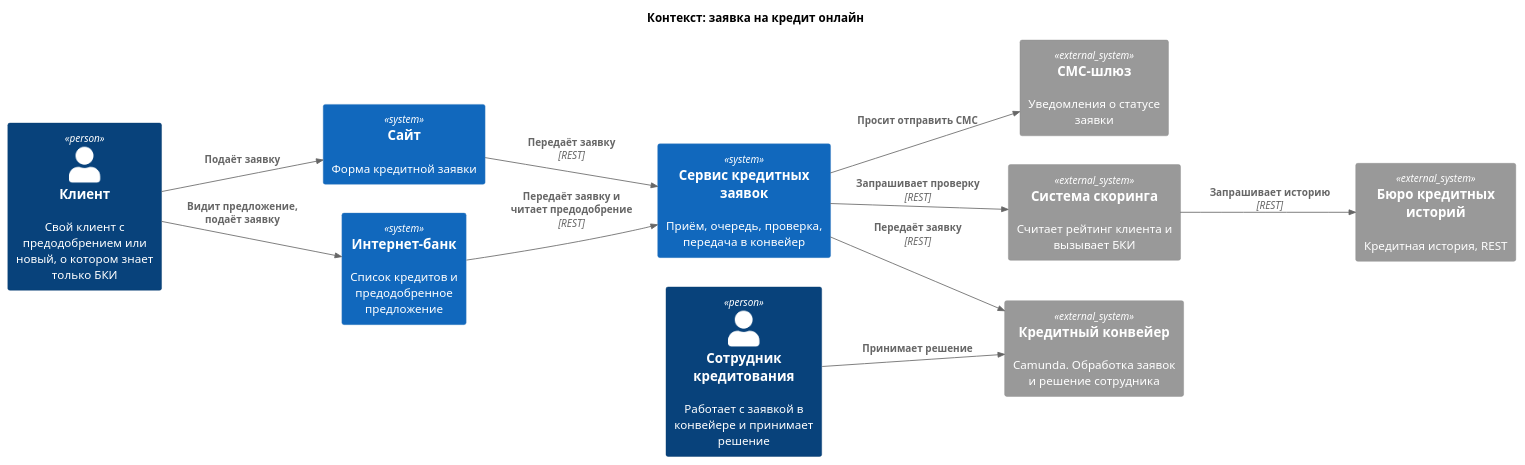
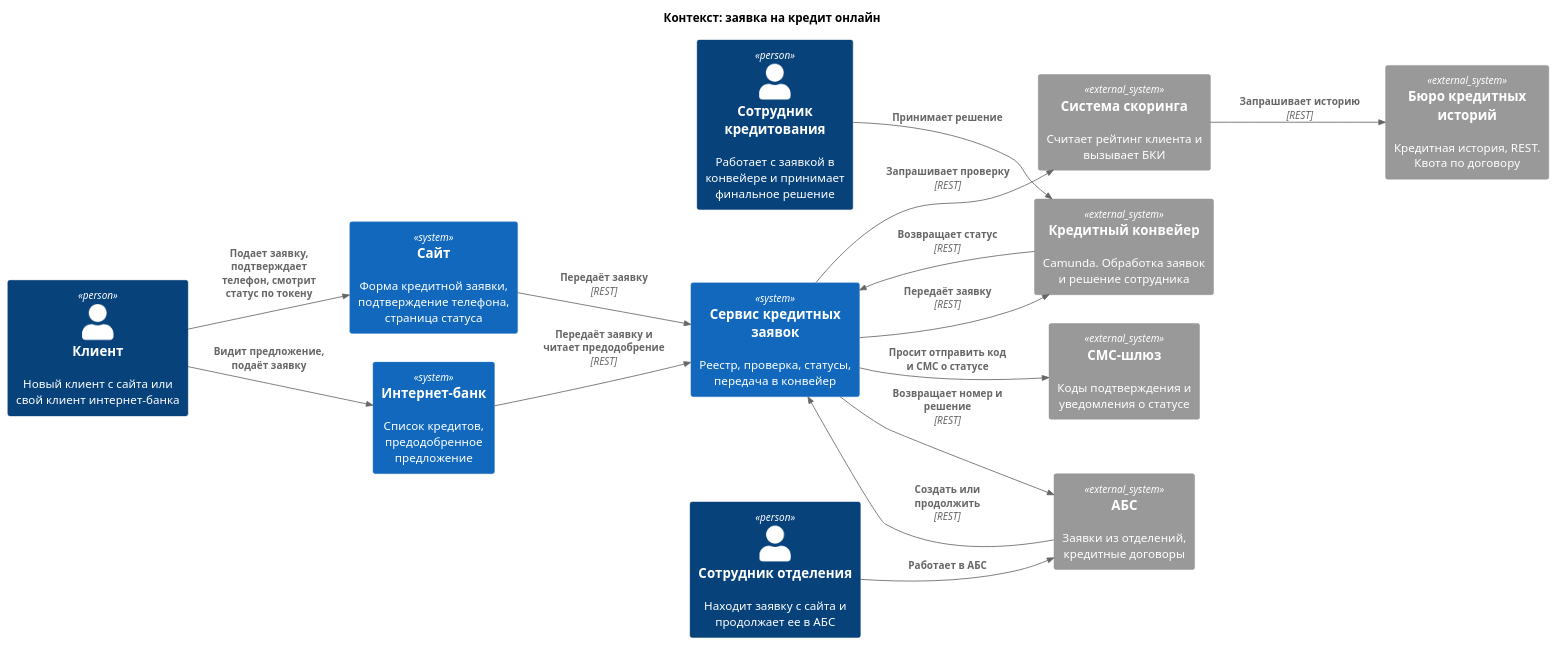
One commit to navartis/s3-architecture-pro-standart changed the diagram in Task5/c4-context.puml. Above: the diagram before and after it, drawn with PlantUML. The commit also changed 4 other files, not shown here.

```diff
--- a/Task5/c4-context.puml
+++ b/Task5/c4-context.puml
@@ -1,29 +1,35 @@
 @startuml
 !include <C4/C4_Context>
 
 LAYOUT_LEFT_RIGHT()
 title Контекст: заявка на кредит онлайн
 
-Person(client, "Клиент", "Свой клиент с предодобрением или новый, о котором знает только БКИ")
-Person(cred, "Сотрудник кредитования", "Работает с заявкой в конвейере и принимает решение")
+Person(client, "Клиент", "Новый клиент с сайта или свой клиент интернет-банка")
+Person(branch, "Сотрудник отделения", "Находит заявку с сайта и продолжает ее в АБС")
+Person(cred, "Сотрудник кредитования", "Работает с заявкой в конвейере и принимает финальное решение")
 
-System(site, "Сайт", "Форма кредитной заявки")
-System(ib, "Интернет-банк", "Список кредитов и предодобренное предложение")
-System(cs, "Сервис кредитных заявок", "Приём, очередь, проверка, передача в конвейер")
+System(site, "Сайт", "Форма кредитной заявки, подтверждение телефона, страница статуса")
+System(ib, "Интернет-банк", "Список кредитов, предодобренное предложение")
+System(cs, "Сервис кредитных заявок", "Реестр, проверка, статусы, передача в конвейер")
 
+System_Ext(abs, "АБС", "Заявки из отделений, кредитные договоры")
 System_Ext(scoring, "Система скоринга", "Считает рейтинг клиента и вызывает БКИ")
-System_Ext(bki, "Бюро кредитных историй", "Кредитная история, REST")
+System_Ext(bki, "Бюро кредитных историй", "Кредитная история, REST. Квота по договору")
 System_Ext(pipe, "Кредитный конвейер", "Camunda. Обработка заявок и решение сотрудника")
-System_Ext(sms, "СМС-шлюз", "Уведомления о статусе заявки")
+System_Ext(sms, "СМС-шлюз", "Коды подтверждения и уведомления о статусе")
 
-Rel(client, site, "Подаёт заявку")
+Rel(client, site, "Подает заявку, подтверждает телефон, смотрит статус по токену")
 Rel(client, ib, "Видит предложение, подаёт заявку")
 Rel(site, cs, "Передаёт заявку", "REST")
 Rel(ib, cs, "Передаёт заявку и читает предодобрение", "REST")
 Rel(cs, scoring, "Запрашивает проверку", "REST")
 Rel(scoring, bki, "Запрашивает историю", "REST")
 Rel(cs, pipe, "Передаёт заявку", "REST")
+Rel(pipe, cs, "Возвращает статус", "REST")
+Rel(cs, sms, "Просит отправить код и СМС о статусе")
 Rel(cred, pipe, "Принимает решение")
-Rel(cs, sms, "Просит отправить СМС")
+Rel(branch, abs, "Работает в АБС")
+Rel(abs, cs, "Создать или продолжить", "REST")
+Rel(cs, abs, "Возвращает номер и решение", "REST")
 
 @enduml
```
